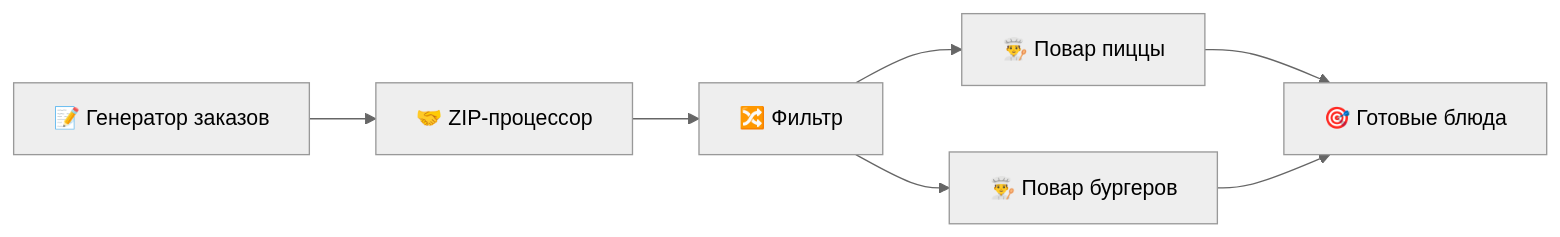
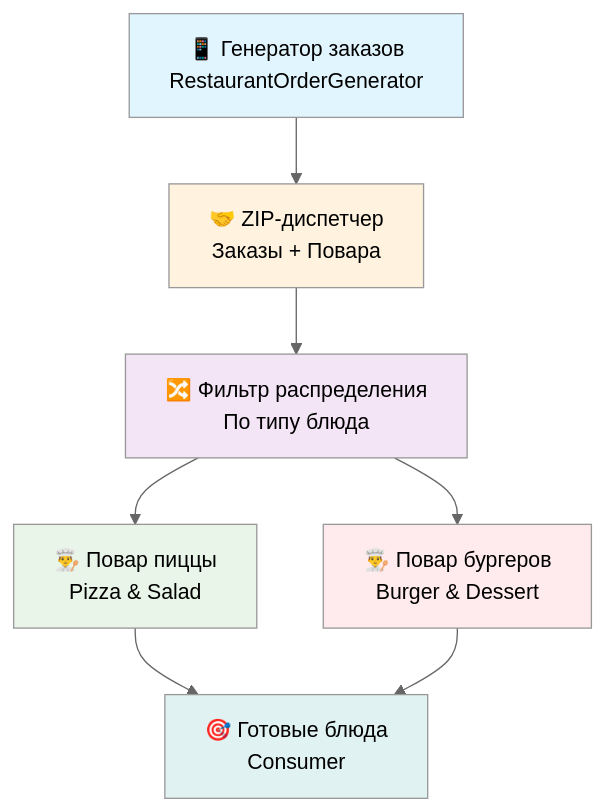
Before and after one commit to litury/event-driven-restaurant: the diagram in README.md, drawn with Mermaid (neutral theme). The commit also changed other lines of this file and 30 other files, not shown here.

````diff
--- a/README.md
+++ b/README.md
@@ -74,9 +128,16 @@
 ```mermaid
-graph LR
-    A[📝 Генератор заказов] --> B[🤝 ZIP-процессор]
-    B --> C[🔀 Фильтр]
-    C --> D1[👨‍🍳 Повар пиццы]
-    C --> D2[👨‍🍳 Повар бургеров]
-    D1 --> E[🎯 Готовые блюда]
+graph TD
+    A[📱 Генератор заказов<br/>RestaurantOrderGenerator] --> B[🤝 ZIP-диспетчер<br/>Заказы + Повара]
+    B --> C[🔀 Фильтр распределения<br/>По типу блюда]
+    C --> D1[👨‍🍳 Повар пиццы<br/>Pizza & Salad]
+    C --> D2[👨‍🍳 Повар бургеров<br/>Burger & Dessert]
+    D1 --> E[🎯 Готовые блюда<br/>Consumer]
     D2 --> E
+
+    style A fill:#e1f5fe
+    style B fill:#fff3e0
+    style C fill:#f3e5f5
+    style D1 fill:#e8f5e8
+    style D2 fill:#ffebee
+    style E fill:#e0f2f1
 ```
````
